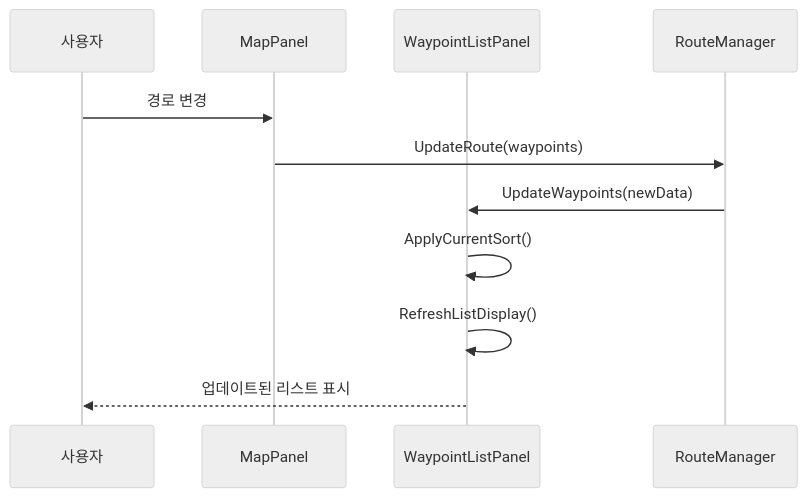
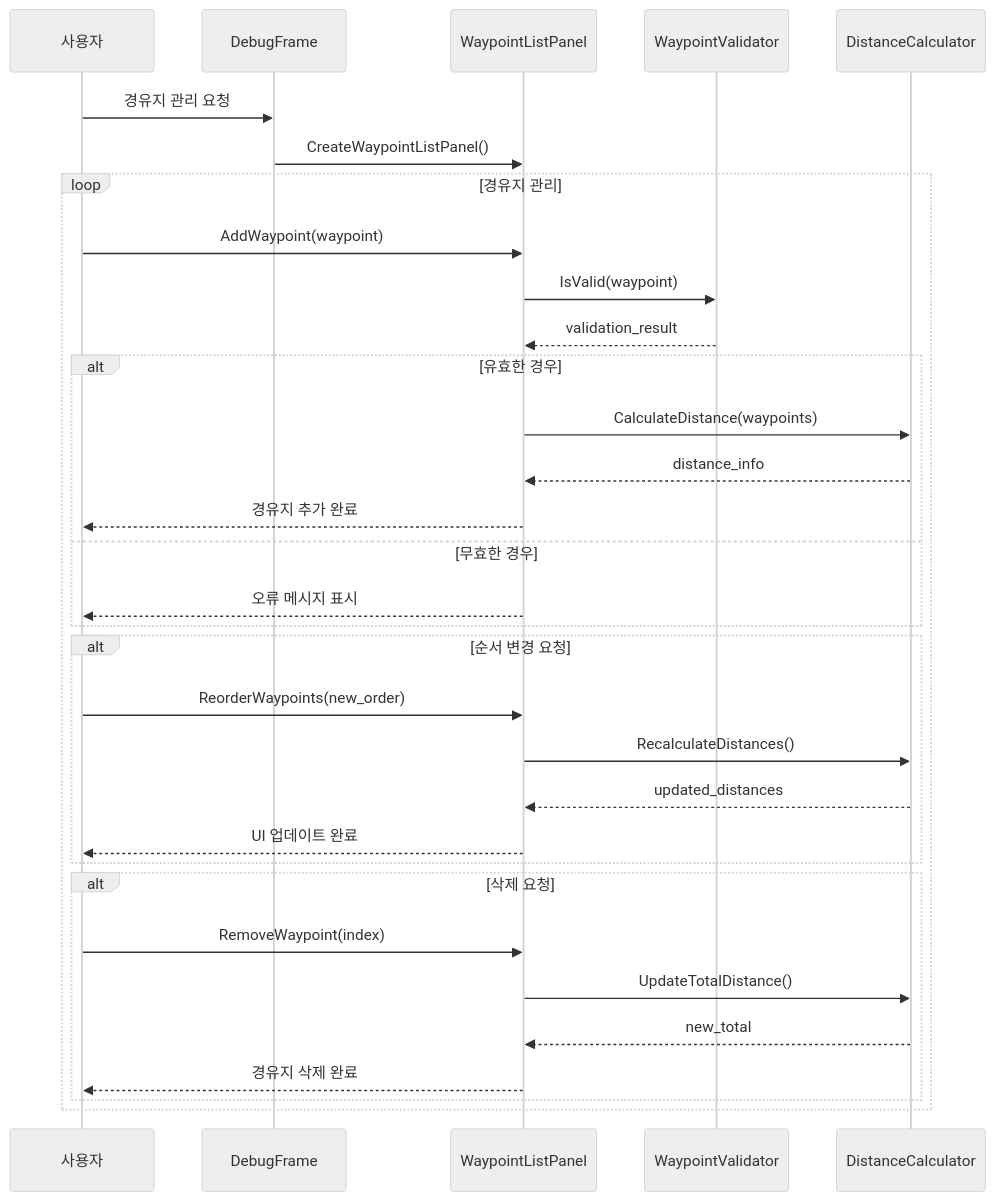
Before and after one commit to lee35460/wxTmap-Explorer-A-Tmap-Inspired-Navigation-GUI-using-OpenStreetMap: the first of 2 diagrams in dev-logs/issue-logs/WXT-58.md, drawn with Mermaid (neutral theme). The commit also changed other lines of this file and 7 other files, not shown here.

First line of the commit message:
WXT-58: feat(WXT-58): Implement waypoint list panel UI with sorting and interaction features

````diff
--- a/dev-logs/issue-logs/WXT-58.md
+++ b/dev-logs/issue-logs/WXT-58.md
@@ -96,15 +52,39 @@
 ```mermaid
 sequenceDiagram
     participant User as 사용자
-    participant MP as MapPanel
-    participant WLP as WaypointListPanel
-    participant Route as RouteManager
+    participant DebugFrame as DebugFrame
+    participant WaypointPanel as WaypointListPanel
+    participant Validator as WaypointValidator
+    participant Calculator as DistanceCalculator
+
+    User->>DebugFrame: 경유지 관리 요청
+    DebugFrame->>WaypointPanel: CreateWaypointListPanel()
     
-    User->>MP: 경로 변경
-    MP->>Route: UpdateRoute(waypoints)
-    Route->>WLP: UpdateWaypoints(newData)
-    
-    WLP->>WLP: ApplyCurrentSort()
-    WLP->>WLP: RefreshListDisplay()
-    WLP-->>User: 업데이트된 리스트 표시
+    loop 경유지 관리
+        User->>WaypointPanel: AddWaypoint(waypoint)
+        WaypointPanel->>Validator: IsValid(waypoint)
+        Validator-->>WaypointPanel: validation_result
+        
+        alt 유효한 경우
+            WaypointPanel->>Calculator: CalculateDistance(waypoints)
+            Calculator-->>WaypointPanel: distance_info
+            WaypointPanel-->>User: 경유지 추가 완료
+        else 무효한 경우
+            WaypointPanel-->>User: 오류 메시지 표시
+        end
+        
+        alt 순서 변경 요청
+            User->>WaypointPanel: ReorderWaypoints(new_order)
+            WaypointPanel->>Calculator: RecalculateDistances()
+            Calculator-->>WaypointPanel: updated_distances
+            WaypointPanel-->>User: UI 업데이트 완료
+        end
+        
+        alt 삭제 요청
+            User->>WaypointPanel: RemoveWaypoint(index)
+            WaypointPanel->>Calculator: UpdateTotalDistance()
+            Calculator-->>WaypointPanel: new_total
+            WaypointPanel-->>User: 경유지 삭제 완료
+        end
+    end
 ```
````
